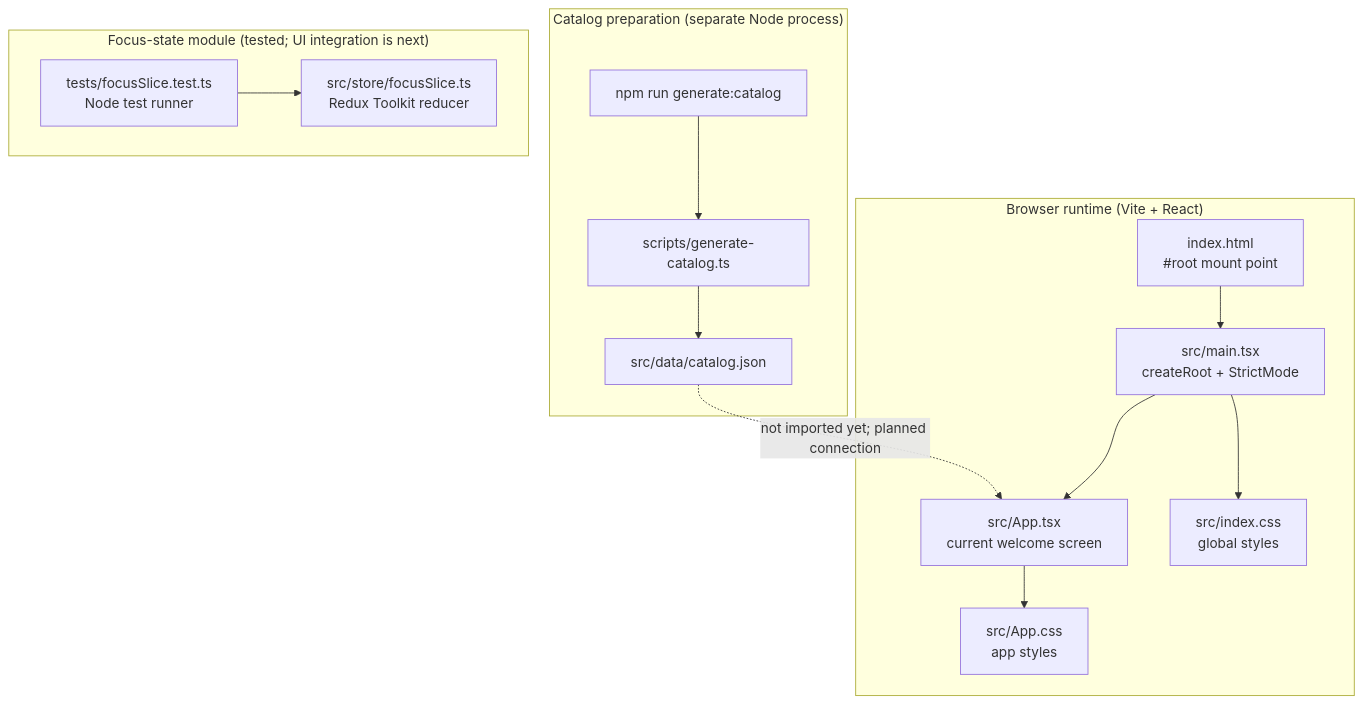
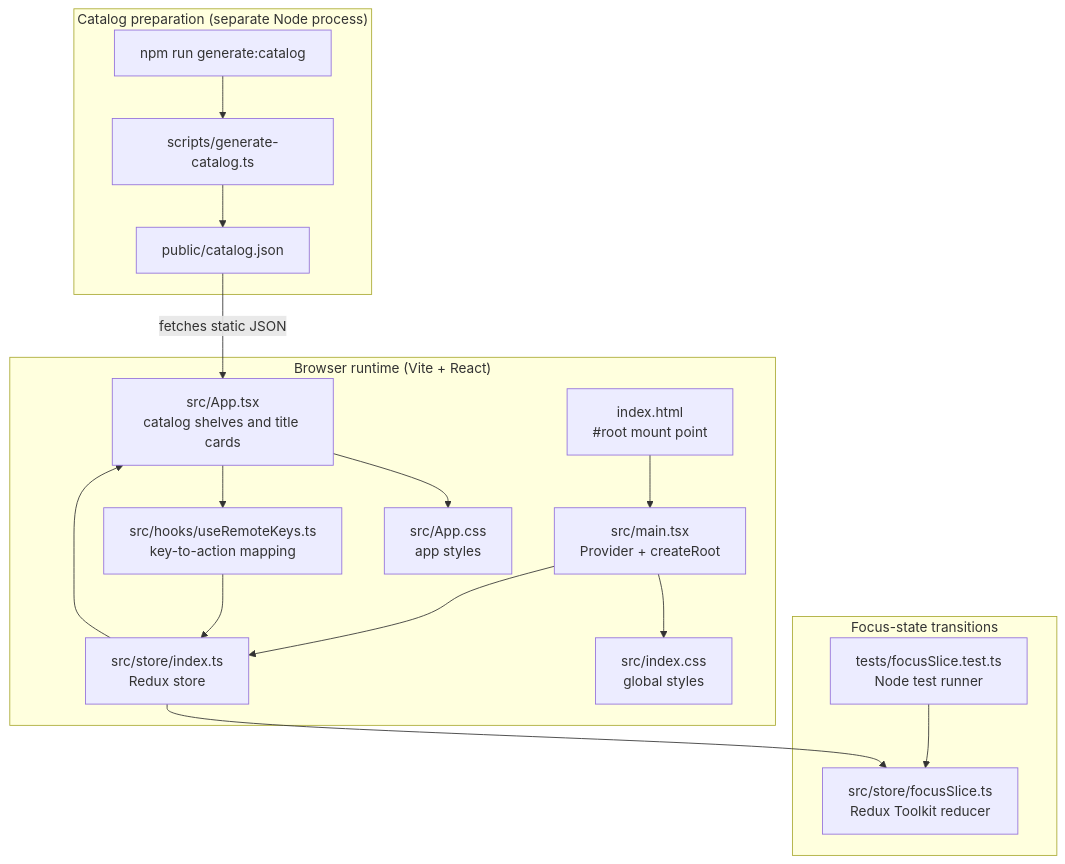
One commit to sumitjangid/TV-UI-Perf-Lab changed the diagram in docs/architecture.md. Above: the diagram before and after it, drawn with Mermaid. The commit also changed other lines of this file and 17 other files, not shown here.

Commit message:
feat: add catalog browsing and remote navigation

````diff
--- a/docs/architecture.md
+++ b/docs/architecture.md
@@ -16,20 +16,24 @@
 ```mermaid
 flowchart TB
   subgraph catalog["Catalog preparation (separate Node process)"]
     command["npm run generate:catalog"] --> generator["scripts/generate-catalog.ts"]
-    generator --> data["src/data/catalog.json"]
+    generator --> data["public/catalog.json"]
   end
 
   subgraph browser["Browser runtime (Vite + React)"]
-    html["index.html<br/>#root mount point"] --> entry["src/main.tsx<br/>createRoot + StrictMode"]
-    entry --> app["src/App.tsx<br/>current welcome screen"]
+    html["index.html<br/>#root mount point"] --> entry["src/main.tsx<br/>Provider + createRoot"]
+    entry --> store["src/store/index.ts<br/>Redux store"]
+    store --> app["src/App.tsx<br/>catalog shelves and title cards"]
+    app --> keys["src/hooks/useRemoteKeys.ts<br/>key-to-action mapping"]
+    keys --> store
     entry --> globalStyles["src/index.css<br/>global styles"]
     app --> appStyles["src/App.css<br/>app styles"]
   end
 
-  subgraph focusModel["Focus-state module (tested; UI integration is next)"]
+  subgraph focusModel["Focus-state transitions"]
     tests["tests/focusSlice.test.ts<br/>Node test runner"] --> reducer["src/store/focusSlice.ts<br/>Redux Toolkit reducer"]
+    store --> reducer
   end
 
-  data -. "not imported yet; planned connection" .-> app
+  data -->|"fetches static JSON"| app
 ```
````
